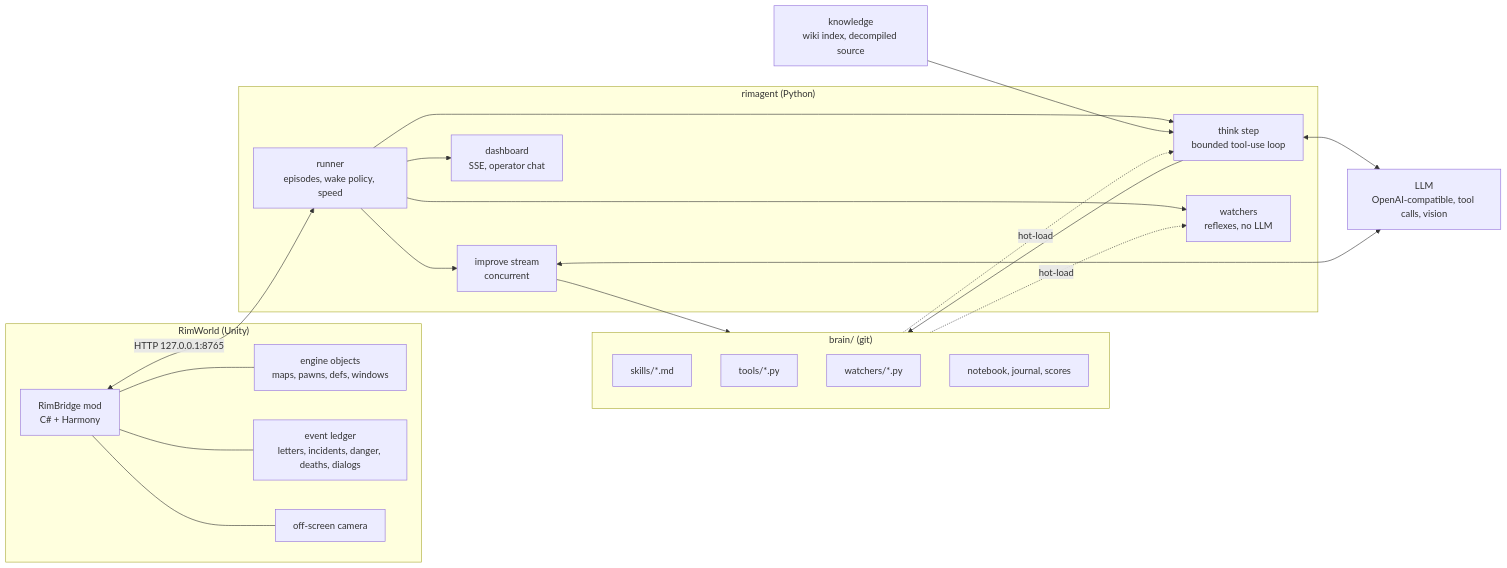
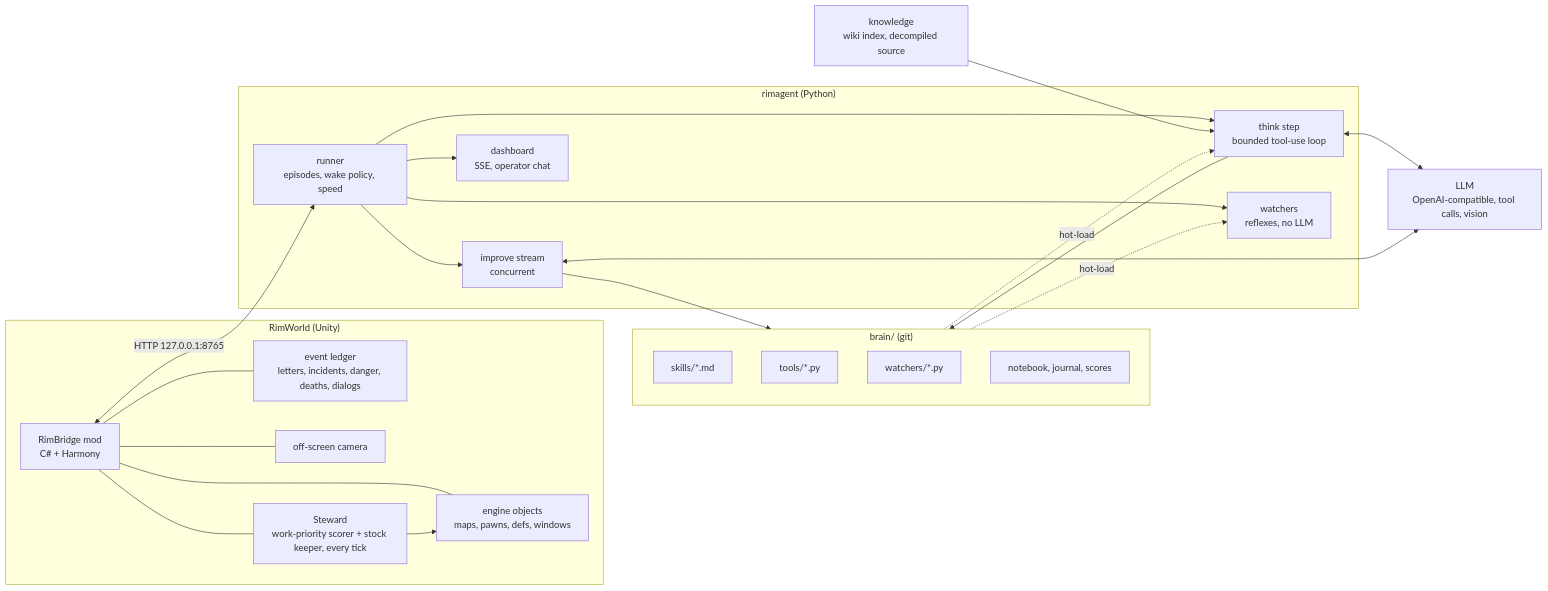
One commit to kodek/rimagent changed the first of 3 diagrams in README.md. Above: the diagram before and after it, drawn with Mermaid. The commit also changed other lines of this file and 79 other files, not shown here.

First line of the commit message:
Steward: Free Will scorer + Colony Manager stock jobs inside RimBridge; the agent becomes the director

````diff
--- a/README.md
+++ b/README.md
@@ -48,39 +48,42 @@
 ```mermaid
 flowchart LR
   subgraph game["RimWorld (Unity)"]
     RB["RimBridge mod<br/>C# + Harmony"]
     E["engine objects<br/>maps, pawns, defs, windows"]
     L["event ledger<br/>letters, incidents, danger, deaths, dialogs"]
     C["off-screen camera"]
+    ST["Steward<br/>work-priority scorer + stock keeper, every tick"]
     RB --- E
     RB --- L
     RB --- C
+    RB --- ST
+    ST --> E
   end
   subgraph agent["rimagent (Python)"]
     R["runner<br/>episodes, wake policy, speed"]
     T["think step<br/>bounded tool-use loop"]
     W["watchers<br/>reflexes, no LLM"]
     I["improve stream<br/>concurrent"]
     D["dashboard<br/>SSE, operator chat"]
     R --> T
     R --> W
     R --> I
     R --> D
   end
   subgraph brain["brain/ (git)"]
     S["skills/*.md"]
     TL["tools/*.py"]
     WT["watchers/*.py"]
     M["notebook, journal, scores"]
   end
   K["knowledge<br/>wiki index, decompiled source"]
   LLM["LLM<br/>OpenAI-compatible, tool calls, vision"]
   RB <-- "HTTP 127.0.0.1:8765" --> R
   T <--> LLM
   I <--> LLM
   T --> brain
   I --> brain
   brain -. hot-load .-> T
   brain -. hot-load .-> W
   K --> T
 ```
````
